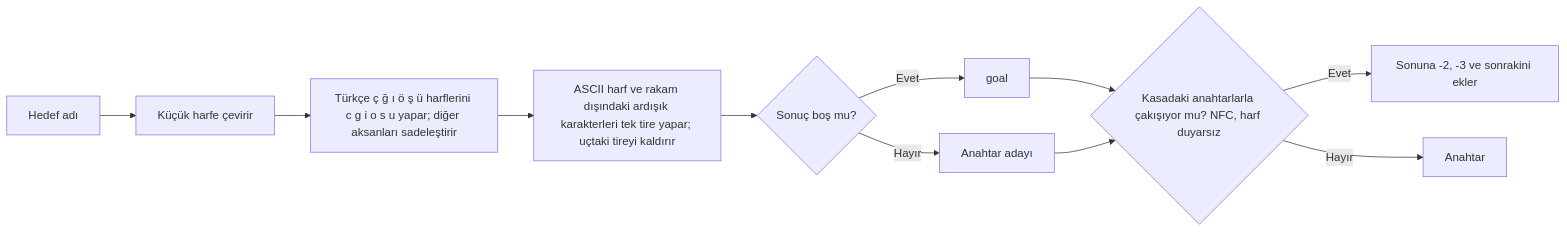
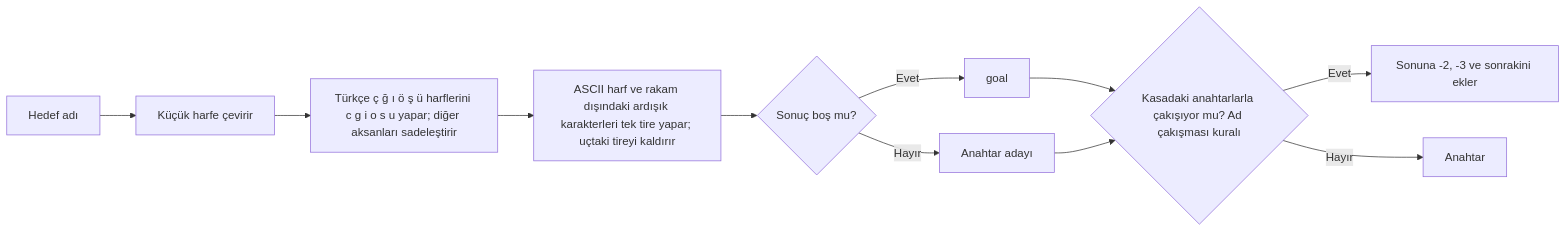
One commit to dogancanyildiz/kenet changed diagram 16 of 23 in docs/vault-format.md. Above: the diagram before and after it, drawn with Mermaid. The commit also changed other lines of this file and 9 other files, not shown here.

````diff
--- a/docs/vault-format.md
+++ b/docs/vault-format.md
@@ -1518,13 +1518,13 @@
 ```mermaid
 flowchart LR
   A["Hedef adı"] --> B["Küçük harfe çevirir"]
   B --> C["Türkçe ç ğ ı ö ş ü harflerini c g i o s u yapar; diğer aksanları sadeleştirir"]
   C --> D["ASCII harf ve rakam dışındaki ardışık karakterleri tek tire yapar; uçtaki tireyi kaldırır"]
   D --> E{"Sonuç boş mu?"}
   E -- Evet --> F["goal"]
   E -- Hayır --> G["Anahtar adayı"]
-  F --> H{"Kasadaki anahtarlarla çakışıyor mu? NFC, harf duyarsız"}
+  F --> H{"Kasadaki anahtarlarla çakışıyor mu? Ad çakışması kuralı"}
   G --> H
   H -- Evet --> I["Sonuna -2, -3 ve sonrakini ekler"]
   H -- Hayır --> J["Anahtar"]
 ```
````
